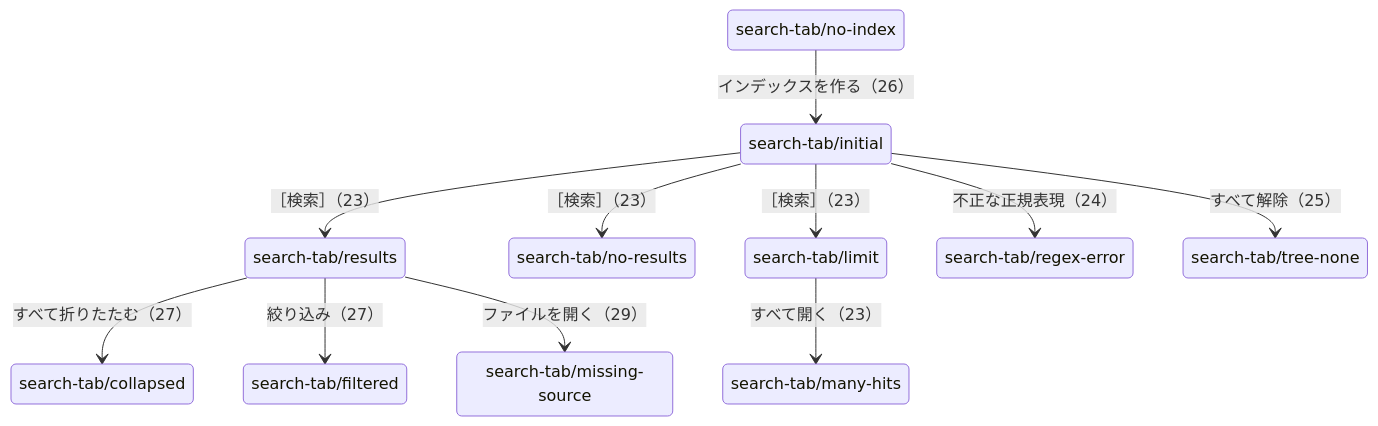
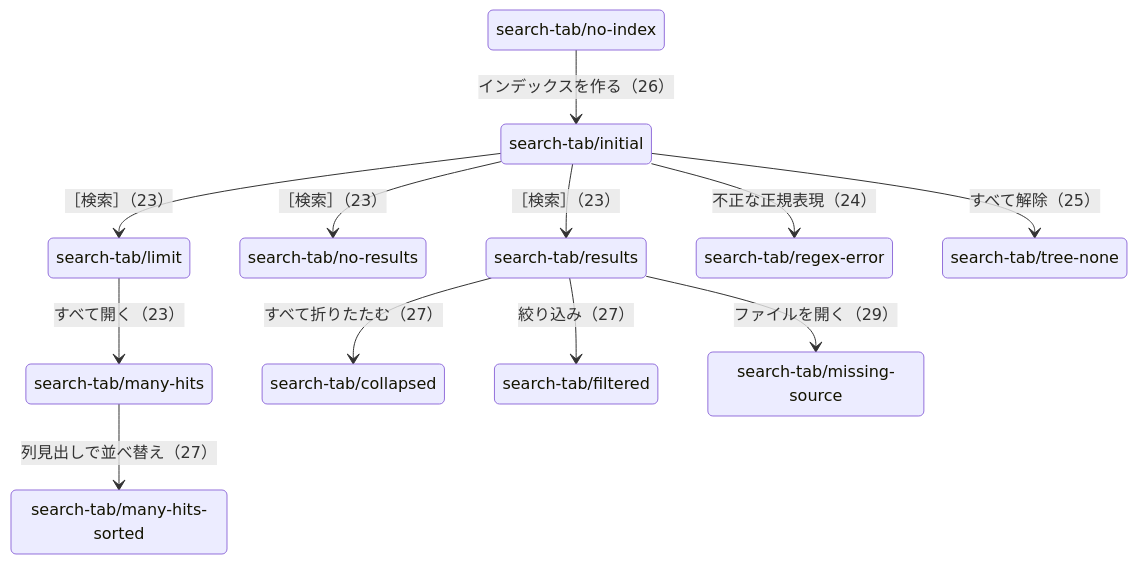
One commit to hsgwa/tebunko changed the diagram in docs/design/gui/screens/search-tab.md. Above: the diagram before and after it, drawn with Mermaid. The commit also changed other lines of this file and 12 other files, not shown here.

````diff
--- a/docs/design/gui/screens/search-tab.md
+++ b/docs/design/gui/screens/search-tab.md
@@ -19,24 +19,26 @@
 ```mermaid
 stateDiagram-v2
     state "search-tab/no-index" as noindex
     state "search-tab/initial" as initial
     state "search-tab/results" as results
     state "search-tab/no-results" as noresults
     state "search-tab/limit" as limit
     state "search-tab/many-hits" as manyhits
+    state "search-tab/many-hits-sorted" as manysorted
     state "search-tab/regex-error" as regex
     state "search-tab/tree-none" as tree
     state "search-tab/collapsed" as collapsed
     state "search-tab/filtered" as filtered
     state "search-tab/missing-source" as missing
     noindex --> initial: インデックスを作る（26）
     initial --> results: ［検索］（23）
     initial --> noresults: ［検索］（23）
     initial --> limit: ［検索］（23）
     limit --> manyhits: すべて開く（23）
+    manyhits --> manysorted: 列見出しで並べ替え（27）
     initial --> regex: 不正な正規表現（24）
     initial --> tree: すべて解除（25）
     results --> collapsed: すべて折りたたむ（27）
     results --> filtered: 絞り込み（27）
     results --> missing: ファイルを開く（29）
 ```
````
